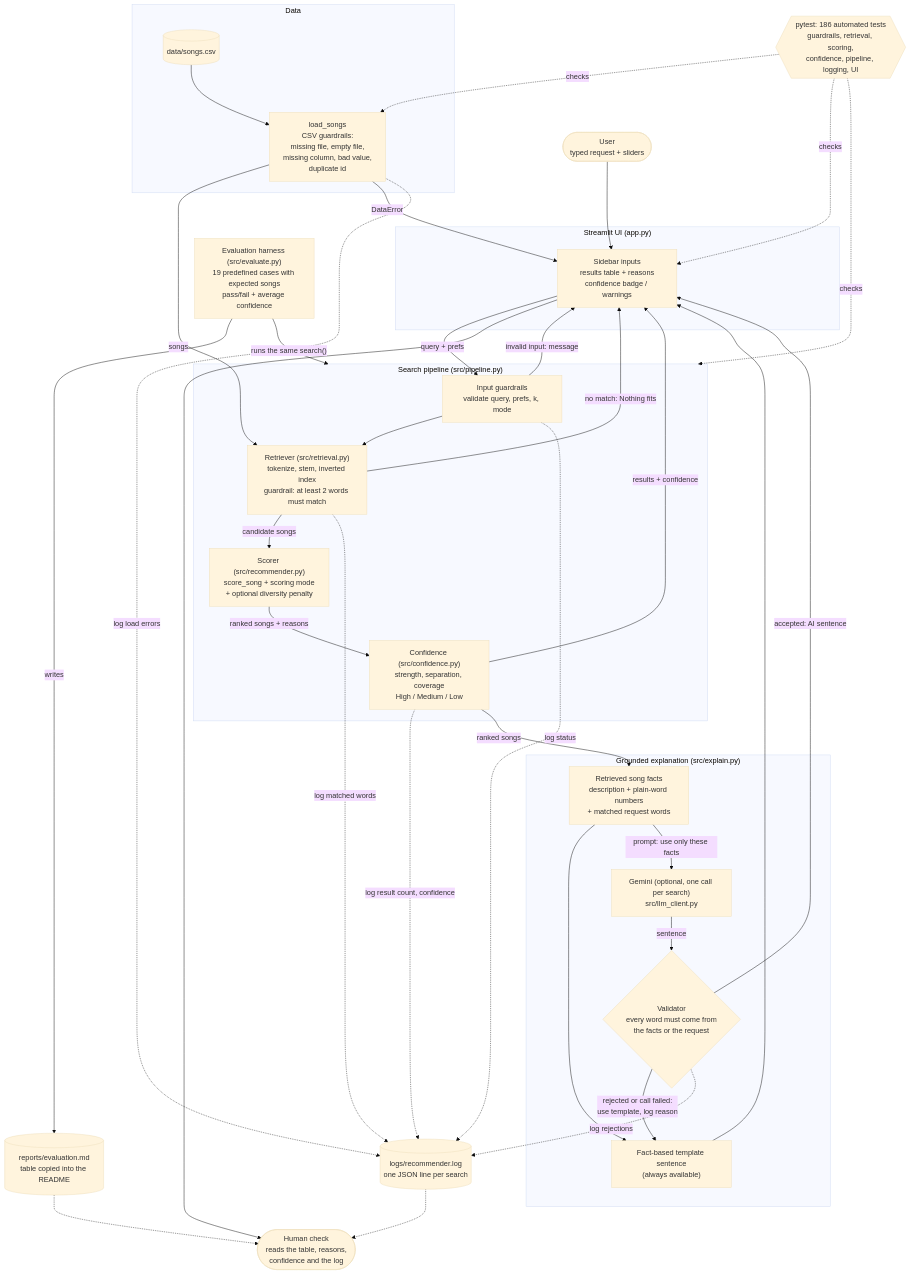
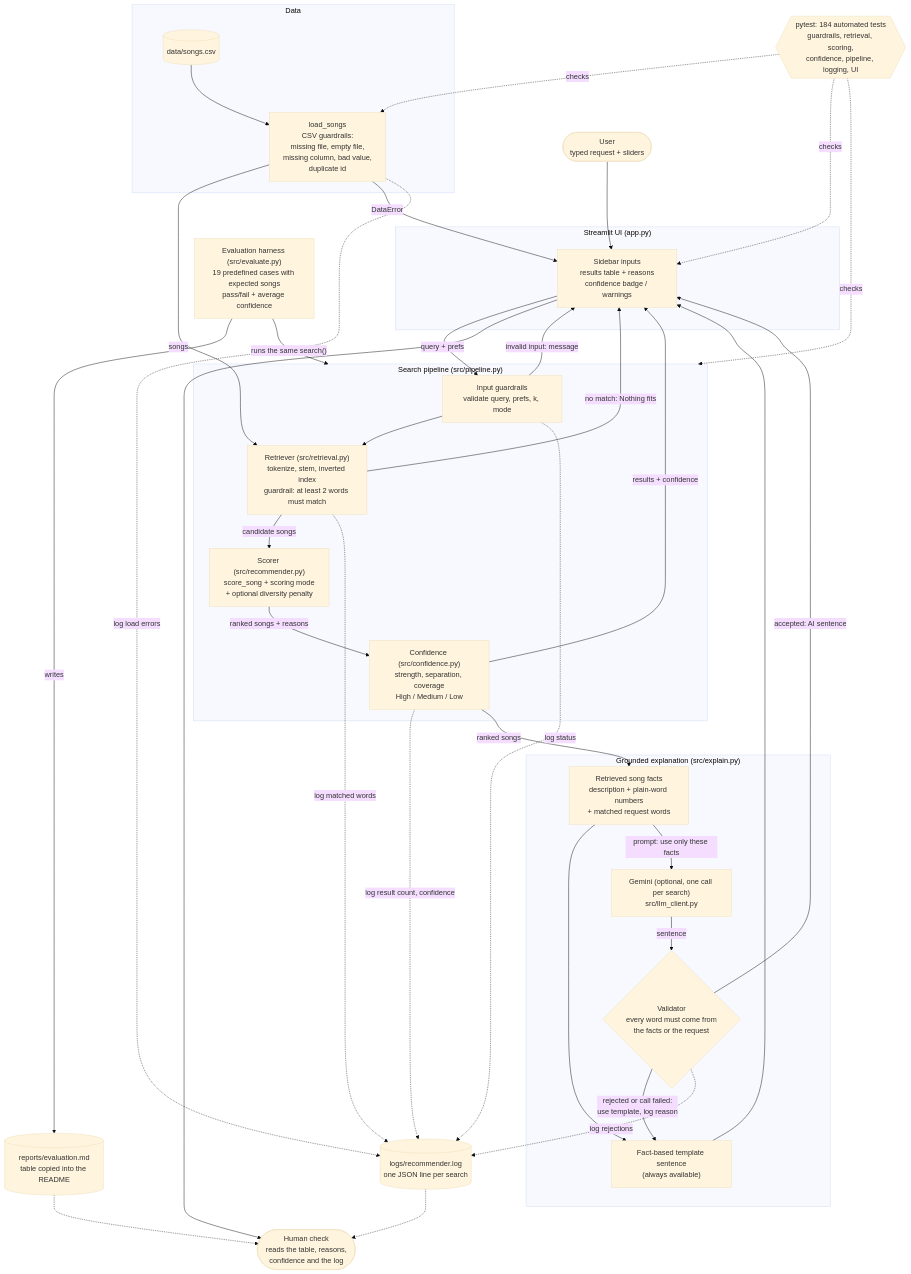
One commit to virtonen/applied-ai-system-project changed the diagram in diagrams/architecture.mmd. Above: the diagram before and after it, drawn with Mermaid (base theme). The commit also changed 8 other files, not shown here.

```diff
--- a/diagrams/architecture.mmd
+++ b/diagrams/architecture.mmd
@@ -1,71 +1,71 @@
 %% VibeMatch system architecture (current: logging, guardrails, confidence, grounded RAG explanations, evaluation harness).
 %% Render with any Mermaid viewer, for example the Mermaid Live Editor or GitHub.
 flowchart TD
     USER(["User<br/>typed request + sliders"])
     HUMAN(["Human check<br/>reads the table, reasons,<br/>confidence and the log"])
 
     subgraph APP["Streamlit UI (app.py)"]
         UI["Sidebar inputs<br/>results table + reasons<br/>confidence badge / warnings"]
     end
 
     subgraph DATA["Data"]
         CSV[("data/songs.csv")]
         LOAD["load_songs<br/>CSV guardrails:<br/>missing file, empty file,<br/>missing column, bad value,<br/>duplicate id"]
     end
 
     subgraph PIPE["Search pipeline (src/pipeline.py)"]
         GUARD["Input guardrails<br/>validate query, prefs, k, mode"]
         RETR["Retriever (src/retrieval.py)<br/>tokenize, stem, inverted index<br/>guardrail: at least 2 words must match"]
         SCORE["Scorer (src/recommender.py)<br/>score_song + scoring mode<br/>+ optional diversity penalty"]
         CONF["Confidence (src/confidence.py)<br/>strength, separation, coverage<br/>High / Medium / Low"]
     end
 
     subgraph RAG["Grounded explanation (src/explain.py)"]
         FACTS["Retrieved song facts<br/>description + plain-word numbers<br/>+ matched request words"]
         TEMPLATE["Fact-based template sentence<br/>(always available)"]
         GEMINI["Gemini (optional, one call per search)<br/>src/llm_client.py"]
         VALID{"Validator<br/>every word must come from<br/>the facts or the request"}
     end
 
     LOG[("logs/recommender.log<br/>one JSON line per search")]
-    TESTS{{"pytest: 186 automated tests<br/>guardrails, retrieval, scoring,<br/>confidence, pipeline, logging, UI"}}
+    TESTS{{"pytest: 184 automated tests<br/>guardrails, retrieval, scoring,<br/>confidence, pipeline, logging, UI"}}
 
     EVAL["Evaluation harness (src/evaluate.py)<br/>19 predefined cases with expected songs<br/>pass/fail + average confidence"]
     REPORT[("reports/evaluation.md<br/>table copied into the README")]
 
     CSV --> LOAD
     LOAD -->|"songs"| RETR
     LOAD -->|"DataError"| UI
 
     USER --> UI
     UI -->|"query + prefs"| GUARD
     GUARD -->|"invalid input: message"| UI
     GUARD --> RETR
     RETR -->|"no match: Nothing fits"| UI
     RETR -->|"candidate songs"| SCORE
     SCORE -->|"ranked songs + reasons"| CONF
     CONF -->|"results + confidence"| UI
     UI --> HUMAN
 
     GUARD -.->|"log status"| LOG
     RETR -.->|"log matched words"| LOG
     CONF -.->|"log result count, confidence"| LOG
     LOAD -.->|"log load errors"| LOG
     LOG -.-> HUMAN
 
     TESTS -.->|"checks"| LOAD
     TESTS -.->|"checks"| PIPE
     TESTS -.->|"checks"| UI
 
     EVAL -->|"runs the same search()"| PIPE
     EVAL -->|"writes"| REPORT
     REPORT -.-> HUMAN
 
     CONF -->|"ranked songs"| FACTS
     FACTS --> TEMPLATE
     FACTS -->|"prompt: use only these facts"| GEMINI
     GEMINI -->|"sentence"| VALID
     VALID -->|"accepted: AI sentence"| UI
     VALID -->|"rejected or call failed:<br/>use template, log reason"| TEMPLATE
     TEMPLATE --> UI
     VALID -.->|"log rejections"| LOG
```
